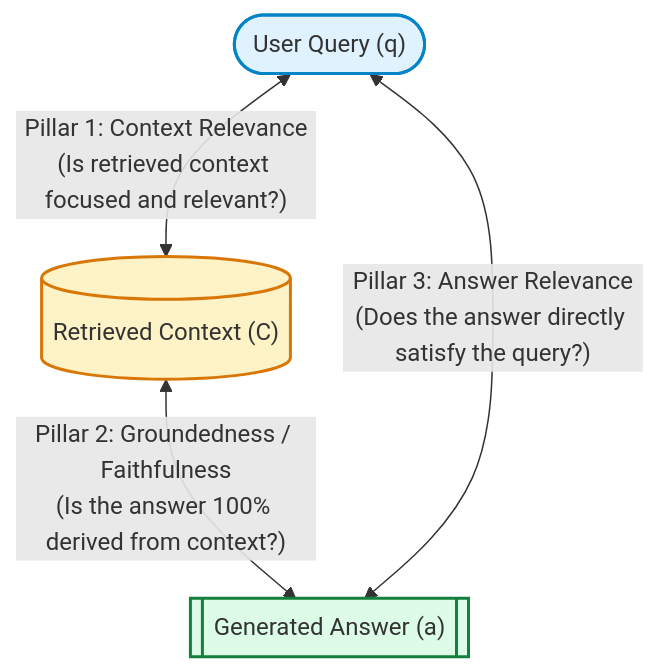
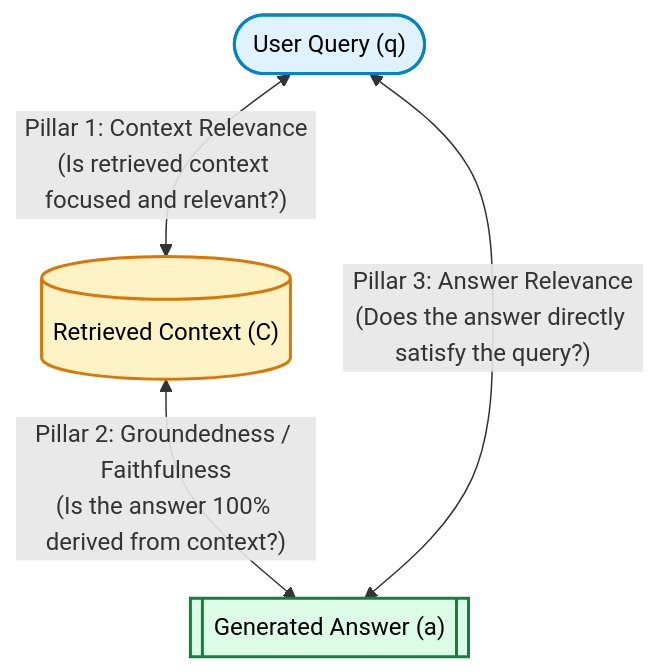
Before and after one commit to swapnil3104/RAG-Engineering: the second of 4 diagrams in 08-RAG-Evaluation-and-Optimization/RAG-Evaluation.md, drawn with Mermaid. The commit also changed other lines of this file and 108 other files, not shown here.

Commit message:
fix: make chart text visible across all Mermaid diagrams and resolve markdown table formatting issues

````diff
--- a/08-RAG-Evaluation-and-Optimization/RAG-Evaluation.md
+++ b/08-RAG-Evaluation-and-Optimization/RAG-Evaluation.md
@@ -102,14 +102,14 @@
 ```mermaid
 flowchart TD
     Q(["User Query (q)"])
     C[("Retrieved Context (C)")]
     A[["Generated Answer (a)"]]
 
     Q <-->|"Pillar 1: Context Relevance<br/>(Is retrieved context focused and relevant?)"| C
     C <-->|"Pillar 2: Groundedness / Faithfulness<br/>(Is the answer 100% derived from context?)"| A
     Q <-->|"Pillar 3: Answer Relevance<br/>(Does the answer directly satisfy the query?)"| A
 
-    style Q fill:#e0f2fe,stroke:#0284c7,stroke-width:2px
-    style C fill:#fef3c7,stroke:#d97706,stroke-width:2px
-    style A fill:#dcfce7,stroke:#15803d,stroke-width:2px
+    style Q fill:#e0f2fe,stroke:#0284c7,stroke-width:2px,color:#000000
+    style C fill:#fef3c7,stroke:#d97706,stroke-width:2px,color:#000000
+    style A fill:#dcfce7,stroke:#15803d,stroke-width:2px,color:#000000
 ```
````
